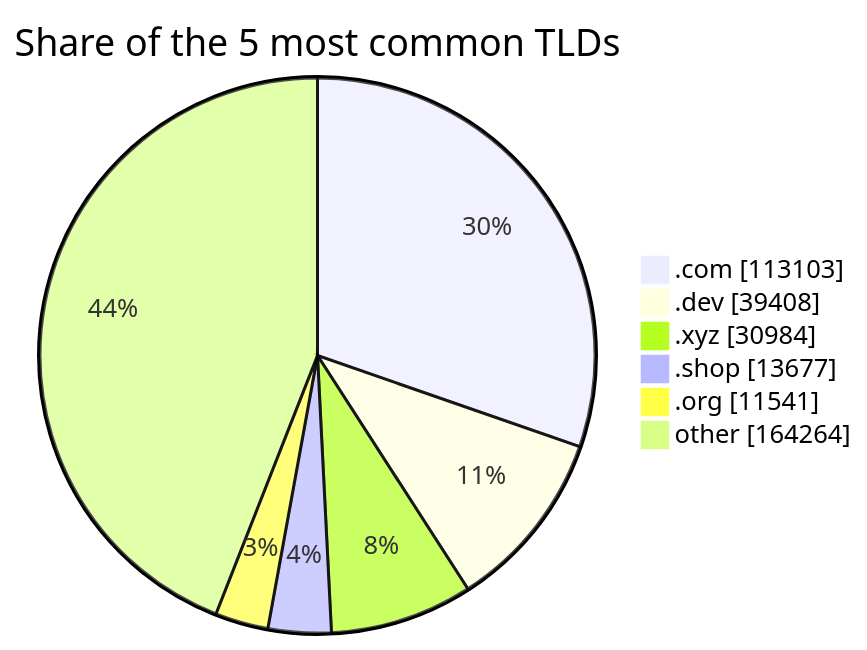
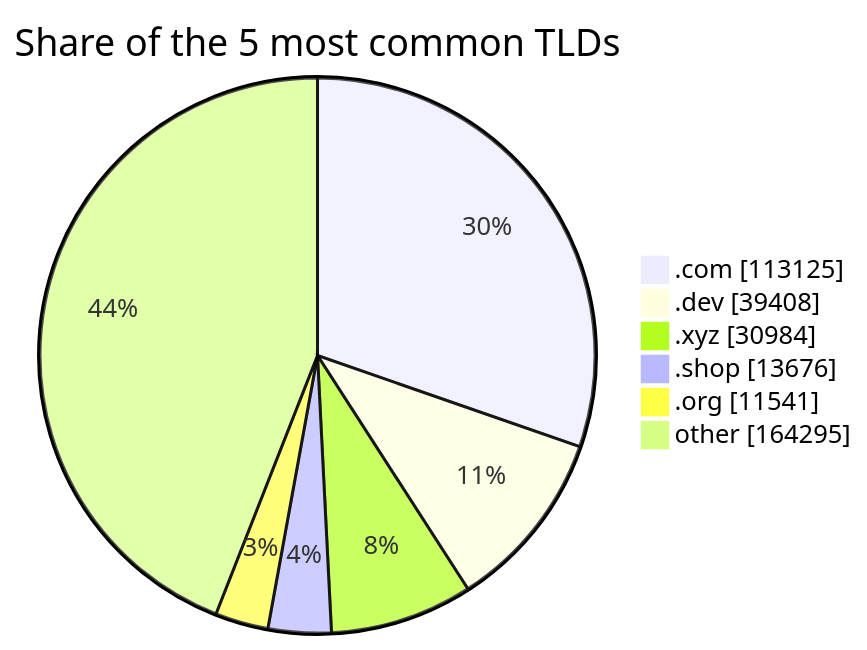
One commit to DNSBunker/CTI changed the third of 3 diagrams in README.md. Above: the diagram before and after it, drawn with Mermaid. The commit also changed other lines of this file and 3 other files, not shown here.

````diff
--- a/README.md
+++ b/README.md
@@ -81,9 +81,9 @@
 ```mermaid
 pie showData title Share of the 5 most common TLDs
-    ".com" : 113103
+    ".com" : 113125
     ".dev" : 39408
     ".xyz" : 30984
-    ".shop" : 13677
+    ".shop" : 13676
     ".org" : 11541
-    "other" : 164264
+    "other" : 164295
 ```
````
